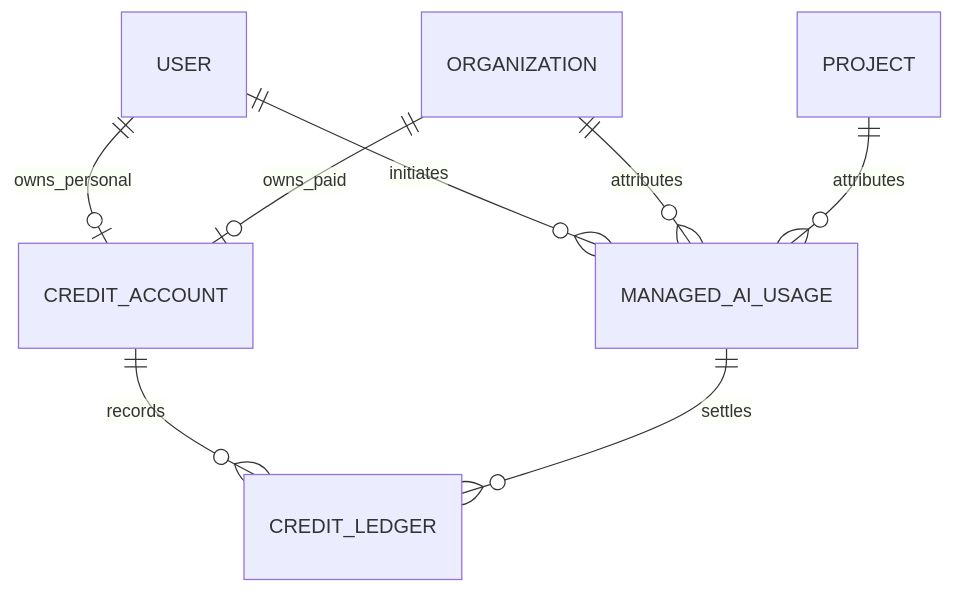
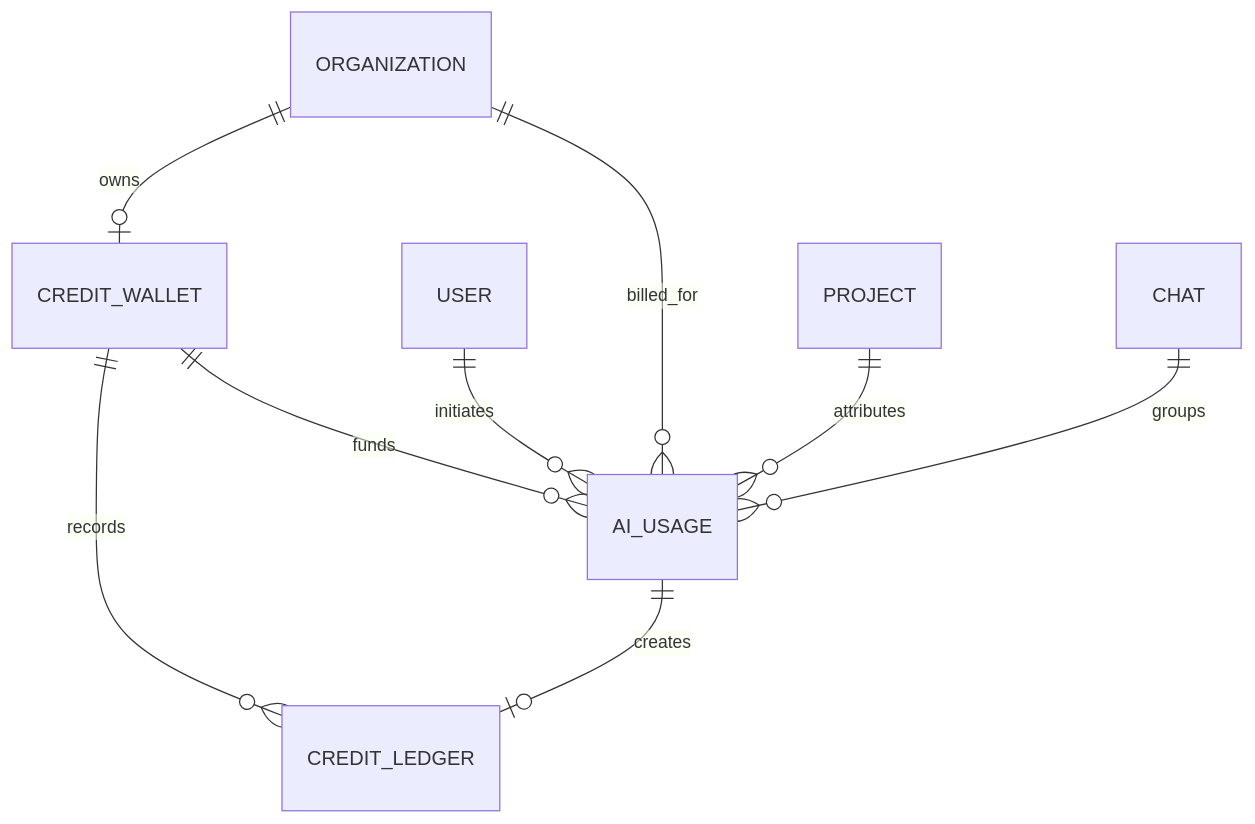
The fifth of 5 diagrams in nao-managed-ai-credits.md (getnao/nao), drawn with Mermaid before and after one commit. The commit also changed other lines of this file and 49 other files, not shown here.

First line of the commit message:
feat: add organization-managed AI credits

````diff
--- a/nao-managed-ai-credits.md
+++ b/nao-managed-ai-credits.md
@@ -182,10 +192,11 @@
 ```mermaid
 erDiagram
-    USER ||--o| CREDIT_ACCOUNT : owns_personal
-    ORGANIZATION ||--o| CREDIT_ACCOUNT : owns_paid
-    CREDIT_ACCOUNT ||--o{ CREDIT_LEDGER : records
-    USER ||--o{ MANAGED_AI_USAGE : initiates
-    ORGANIZATION ||--o{ MANAGED_AI_USAGE : attributes
-    PROJECT ||--o{ MANAGED_AI_USAGE : attributes
-    MANAGED_AI_USAGE ||--o{ CREDIT_LEDGER : settles
+    ORGANIZATION ||--o| CREDIT_WALLET : owns
+    CREDIT_WALLET ||--o{ CREDIT_LEDGER : records
+    CREDIT_WALLET ||--o{ AI_USAGE : funds
+    USER ||--o{ AI_USAGE : initiates
+    ORGANIZATION ||--o{ AI_USAGE : billed_for
+    PROJECT ||--o{ AI_USAGE : attributes
+    CHAT ||--o{ AI_USAGE : groups
+    AI_USAGE ||--o| CREDIT_LEDGER : creates
 ```
````
